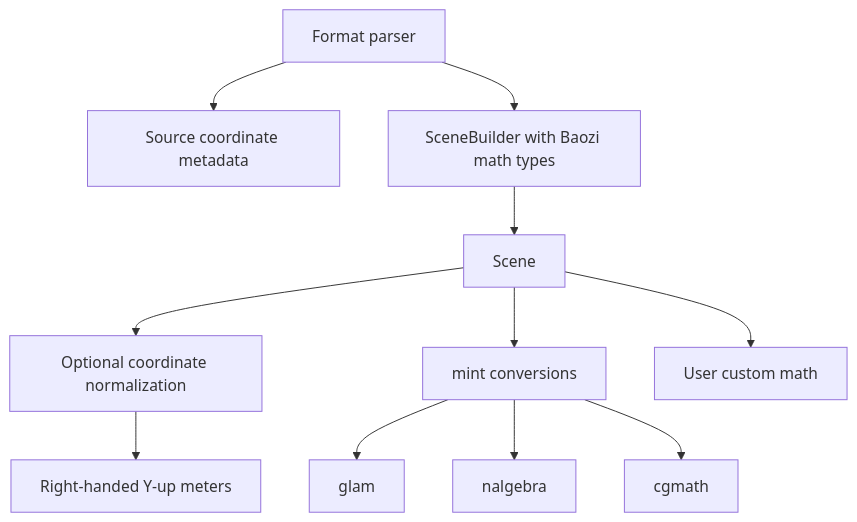
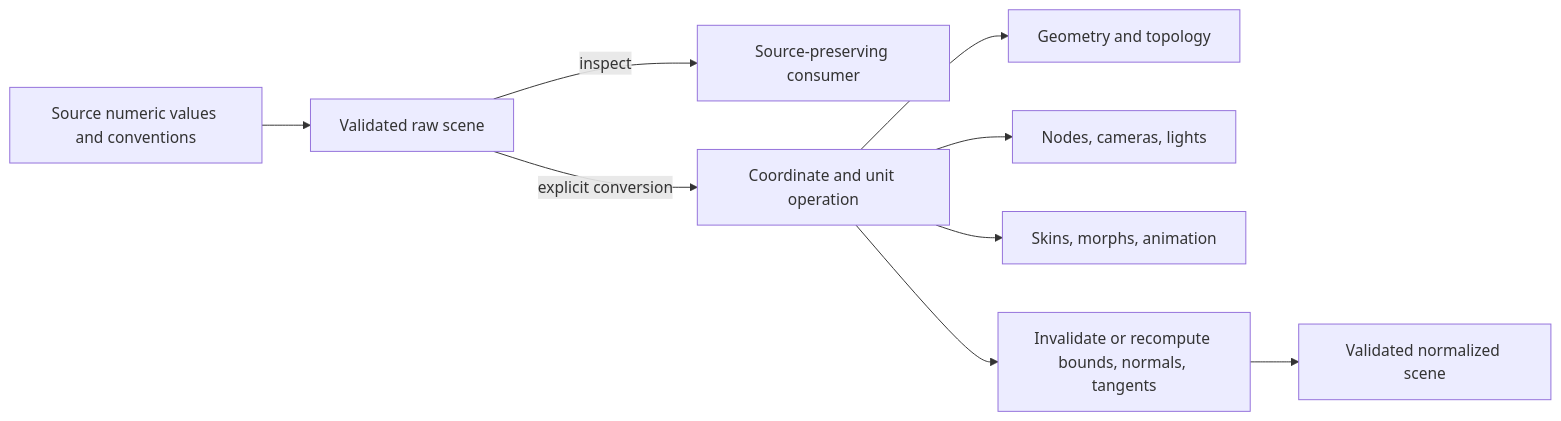
One commit to Latias94/baozi changed the diagram in docs/adr/0008-math-coordinate-units-and-numeric-policy.md. Above: the diagram before and after it, drawn with Mermaid. The commit also changed other lines of this file and 978 other files, not shown here.

````diff
--- a/docs/adr/0008-math-coordinate-units-and-numeric-policy.md
+++ b/docs/adr/0008-math-coordinate-units-and-numeric-policy.md
@@ -51,14 +117,11 @@
 ```mermaid
-flowchart TD
-    Format[Format parser] --> SourceSpace[Source coordinate metadata]
-    Format --> Builder[SceneBuilder with Baozi math types]
-    Builder --> Scene[Scene]
-    Scene --> Post[Optional coordinate normalization]
-    Post --> Target[Right-handed Y-up meters]
-
-    Scene --> Mint[mint conversions]
-    Mint --> Glam[glam]
-    Mint --> Nalgebra[nalgebra]
-    Mint --> Cgmath[cgmath]
-    Scene --> Custom[User custom math]
+flowchart LR
+    Source[Source numeric values and conventions] --> Raw[Validated raw scene]
+    Raw -->|inspect| Caller[Source-preserving consumer]
+    Raw -->|explicit conversion| Plan[Coordinate and unit operation]
+    Plan --> Geometry[Geometry and topology]
+    Plan --> Hierarchy[Nodes, cameras, lights]
+    Plan --> Deform[Skins, morphs, animation]
+    Plan --> Derived[Invalidate or recompute bounds, normals, tangents]
+    Derived --> Normalized[Validated normalized scene]
 ```
````
